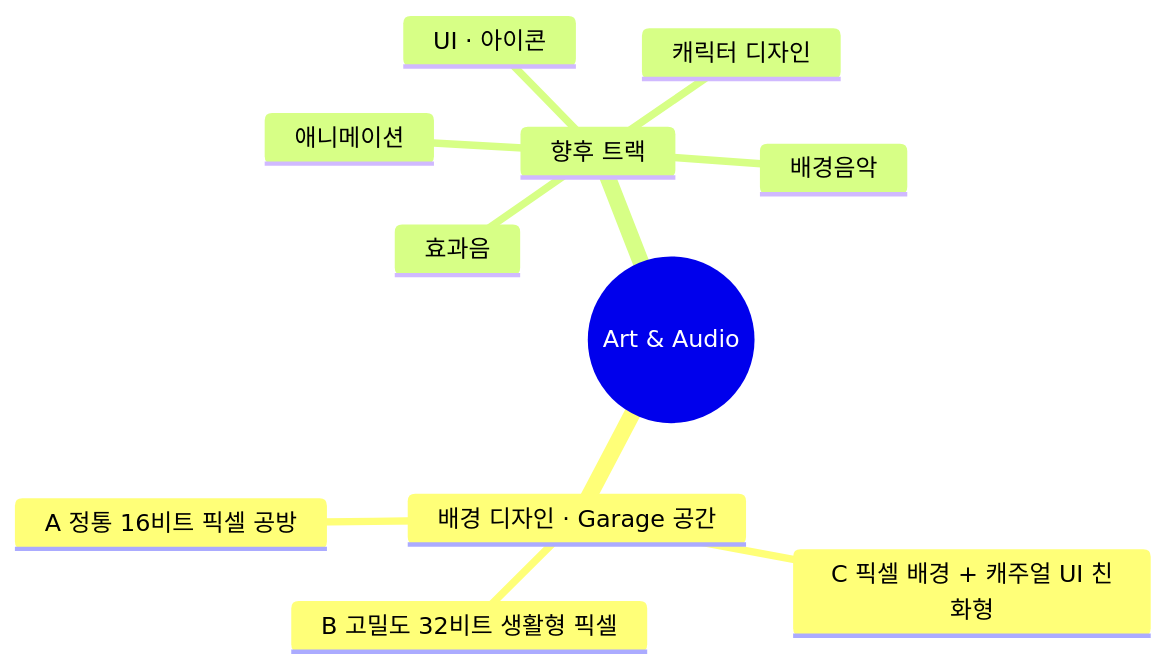
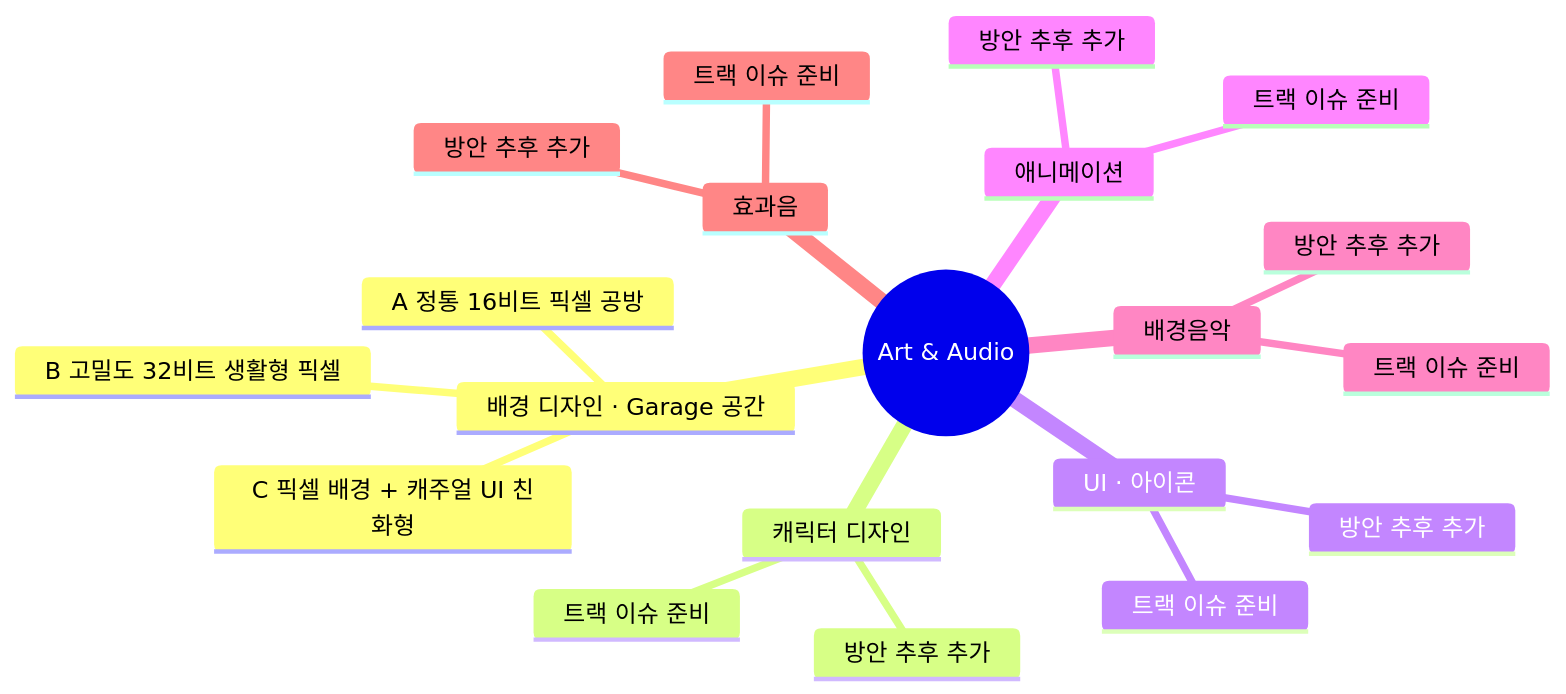
The third of 5 diagrams in docs/LAB_PROTOTYPE_MAP.md (aigemro/dream-bike-garage-lab), drawn with Mermaid before and after one commit. The commit also changed other lines of this file and 8 other files, not shown here.

````diff
--- a/docs/LAB_PROTOTYPE_MAP.md
+++ b/docs/LAB_PROTOTYPE_MAP.md
@@ -136,14 +136,23 @@
 ```mermaid
 mindmap
   root((Art & Audio))
     배경 디자인 · Garage 공간
       A 정통 16비트 픽셀 공방
       B 고밀도 32비트 생활형 픽셀
       C 픽셀 배경 + 캐주얼 UI 친화형
-    향후 트랙
-      캐릭터 디자인
-      UI · 아이콘
-      애니메이션
-      배경음악
-      효과음
+    캐릭터 디자인
+      트랙 이슈 준비
+      방안 추후 추가
+    UI · 아이콘
+      트랙 이슈 준비
+      방안 추후 추가
+    애니메이션
+      트랙 이슈 준비
+      방안 추후 추가
+    배경음악
+      트랙 이슈 준비
+      방안 추후 추가
+    효과음
+      트랙 이슈 준비
+      방안 추후 추가
 ```
````
